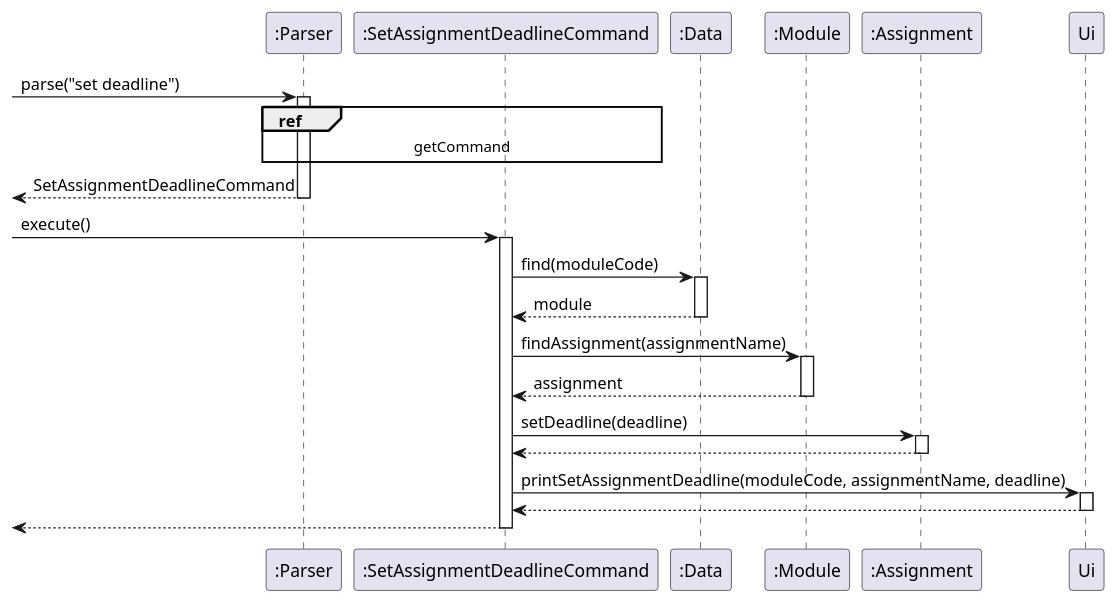
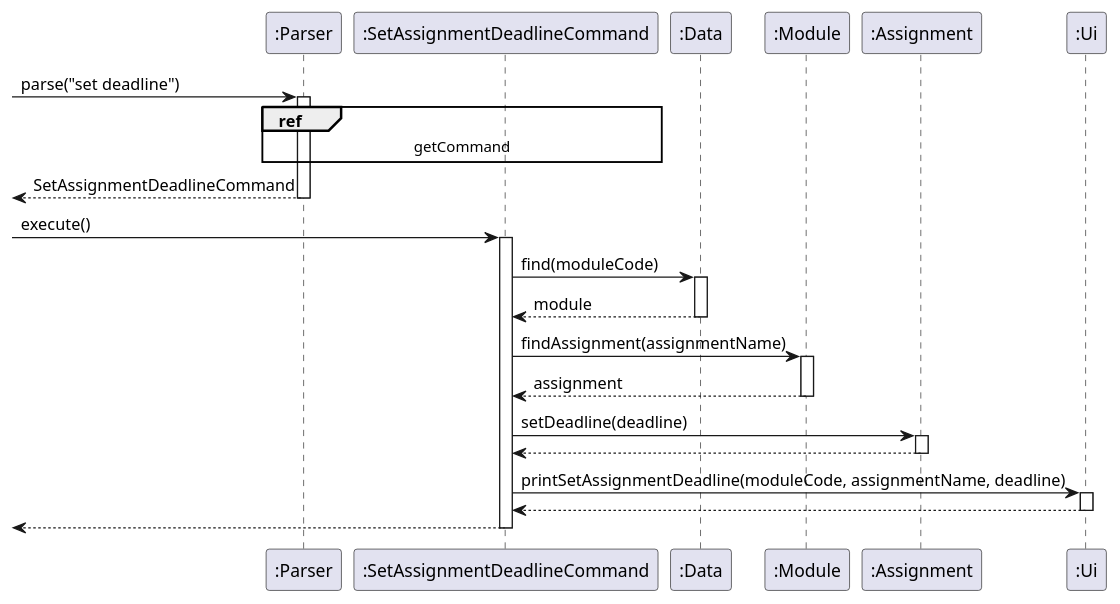
One commit to vaiish371/tp changed the diagram in docs/uml/SetDeadline.puml. Above: the diagram before and after it, drawn with PlantUML. The commit also changed 13 other files, not shown here.

Commit message:
improve sequece diagram and add implementation considerations for autograding

```diff
--- a/docs/uml/SetDeadline.puml
+++ b/docs/uml/SetDeadline.puml
@@ -1,48 +1,49 @@
 @startuml
 
 participant ":Parser" as Parser
 participant ":SetAssignmentDeadlineCommand" as Command
 participant ":Data" as Data
 participant ":Module" as Module
 participant ":Assignment" as Assignment
+participant ":Ui" as Ui
 
 
 [-> Parser : parse("set deadline")
 activate Parser
 
 ref over Parser, Command : getCommand
 
 [<-- Parser : SetAssignmentDeadlineCommand
 deactivate Parser
 
 [->Command : execute()
 activate Command
 
 Command -> Data : find(moduleCode)
 activate Data
 
 Data --> Command : module
 deactivate Data
 
 Command -> Module : findAssignment(assignmentName)
 activate Module
 
 Module --> Command : assignment
 deactivate Module
 
 Command -> Assignment : setDeadline(deadline)
 activate Assignment
 
 Assignment --> Command
 deactivate Assignment
 
 Command -> Ui : printSetAssignmentDeadline(moduleCode, assignmentName, deadline)
 activate Ui
 
 Ui --> Command
 deactivate Ui
 
 [<-- Command
 deactivate Command
 
 @enduml
```
